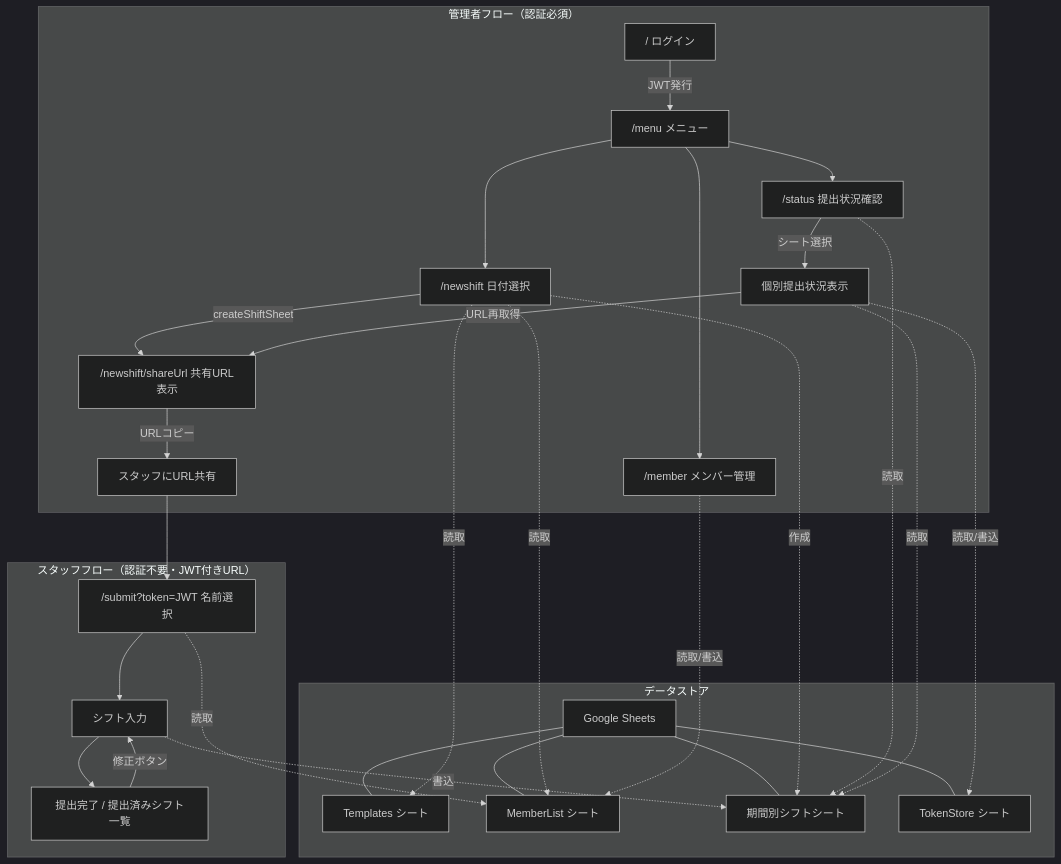
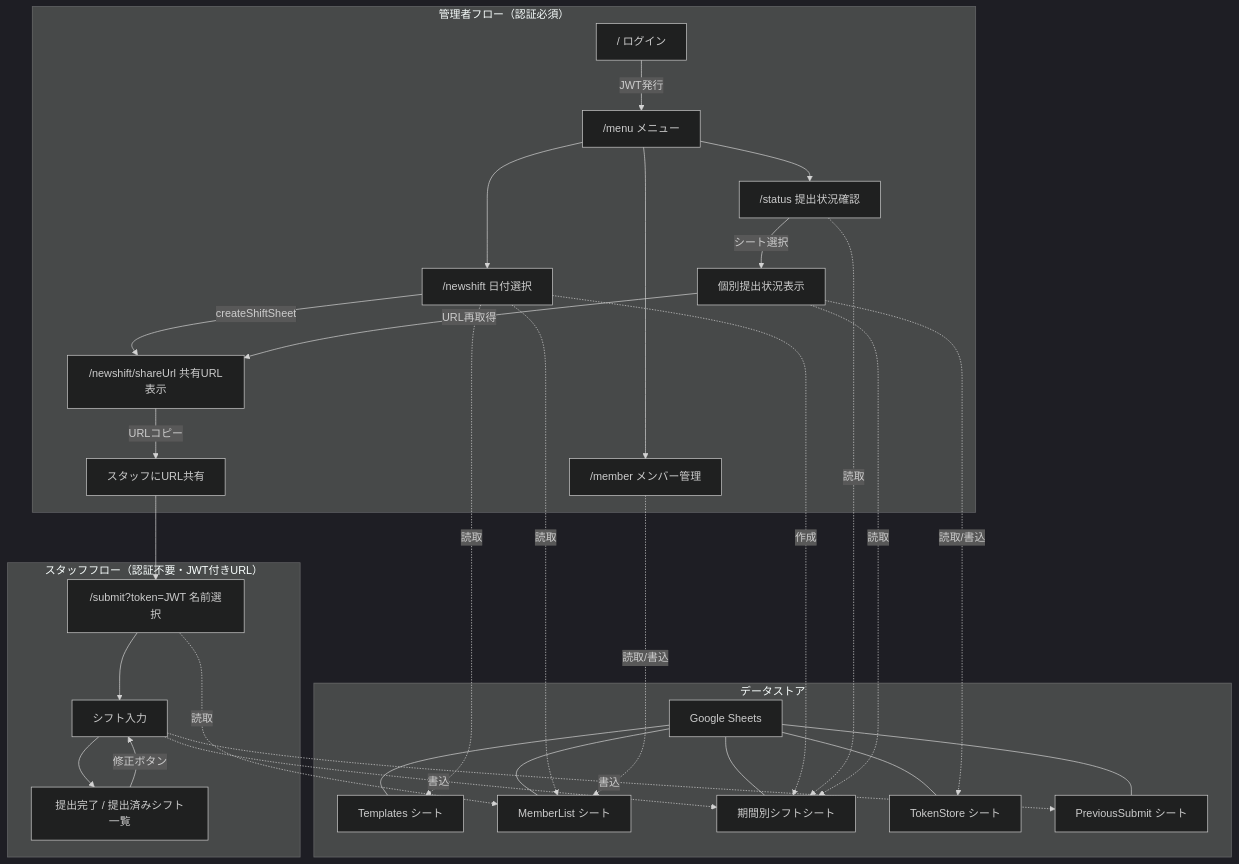
One commit to GoogleBr35/shift-app changed the first of 3 diagrams in docs/ARCHITECTURE.md. Above: the diagram before and after it, drawn with Mermaid (dark theme). The commit also changed other lines of this file and 3 other files, not shown here.

````diff
--- a/docs/ARCHITECTURE.md
+++ b/docs/ARCHITECTURE.md
@@ -20,38 +20,40 @@
 ```mermaid
 flowchart TD
     subgraph "管理者フロー（認証必須）"
         A["/ ログイン"] -->|JWT発行| B["/menu メニュー"]
         B --> C["/newshift 日付選択"]
         B --> D["/member メンバー管理"]
         B --> K["/status 提出状況確認"]
         C -->|createShiftSheet| F["/newshift/shareUrl 共有URL表示"]
         F -->|URLコピー| G["スタッフにURL共有"]
         K -->|シート選択| K1["個別提出状況表示"]
         K1 -->|URL再取得| F
     end
 
     subgraph "スタッフフロー（認証不要・JWT付きURL）"
         G --> H["/submit?token=JWT 名前選択"]
         H --> I["シフト入力"]
         I --> L["提出完了 / 提出済みシフト一覧"]
         L -->|修正ボタン| I
     end
 
     subgraph "データストア"
         J["Google Sheets"]
         J --- J1["Templates シート"]
         J --- J2["MemberList シート"]
         J --- J3["期間別シフトシート"]
         J --- J4["TokenStore シート"]
+        J --- J5["PreviousSubmit シート"]
     end
 
     C -.->|読取| J1
     C -.->|読取| J2
     C -.->|作成| J3
     D -.->|読取/書込| J2
     H -.->|読取| J2
     I -.->|書込| J3
+    I -.->|書込| J5
     K -.->|読取| J3
     K1 -.->|読取| J3
     K1 -.->|読取/書込| J4
 ```
````
